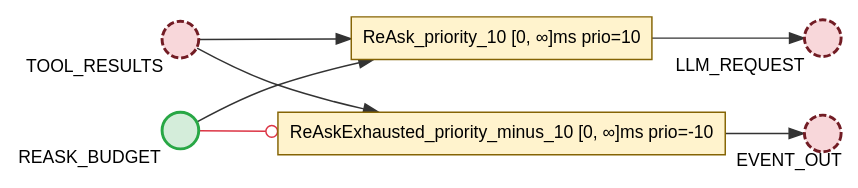
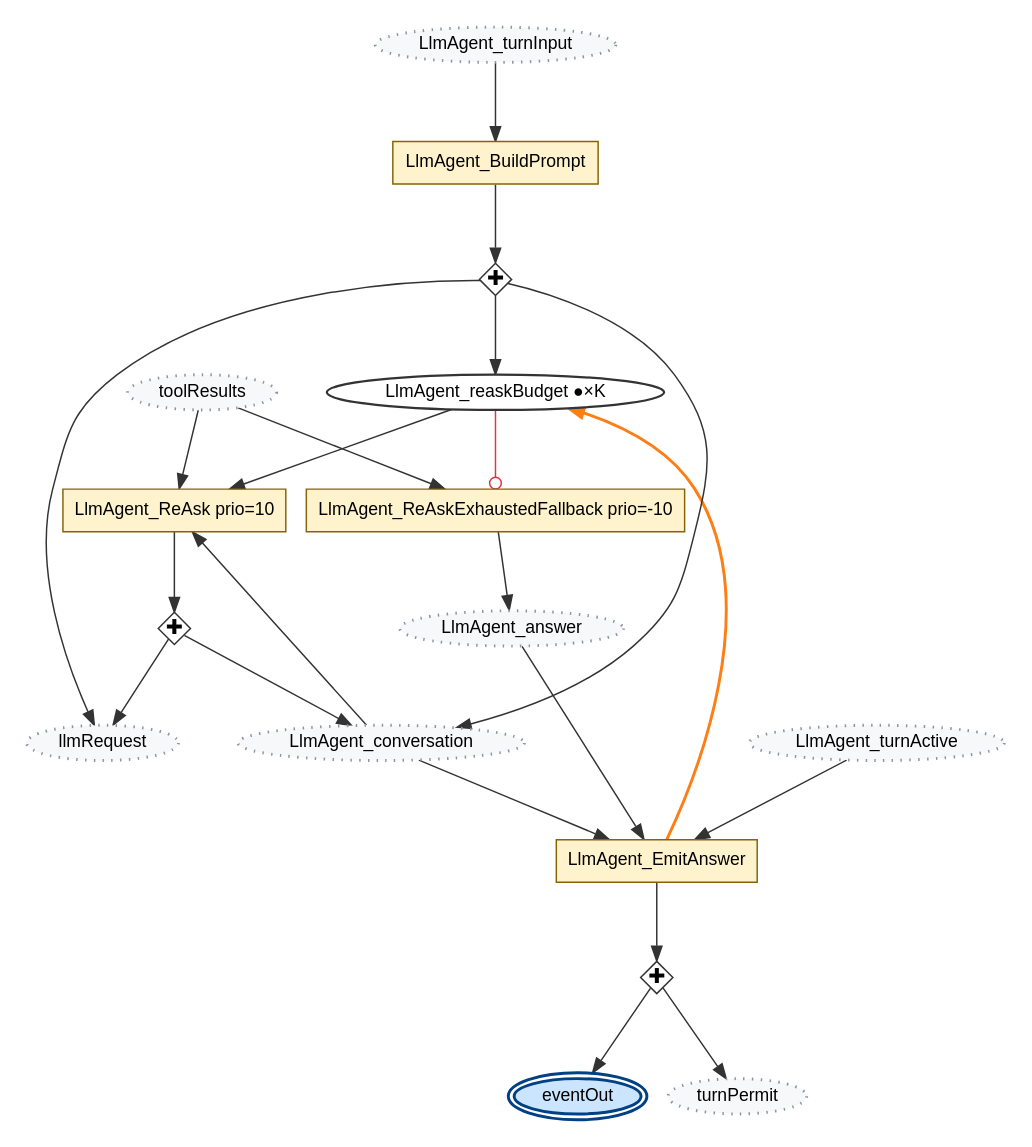
The diagram in docs/diagrams/dot/reask-budget.dot (debe/adk-libpetri), drawn with Graphviz before and after one commit. The commit also changed 203 other files, not shown here.

```diff
--- a/docs/diagrams/dot/reask-budget.dot
+++ b/docs/diagrams/dot/reask-budget.dot
@@ -1,26 +1,56 @@
-digraph ReaskBudgetPattern {
-    rankdir=LR;
-    nodesep=0.5;
+// GENERATED by java/src/test/java/org/libpetri/adk/docs/ReadmeDiagramsTest.java
+// from LlmAgentSubnet.DEF.body(), view of the reask budget. Do not edit: rerun the test with
+// -Dreadme.diagrams.write=true, then `npm run build` in docs/diagrams.
+digraph reask_budget {
+    rankdir=TB;
+    nodesep=0.2;
     ranksep=0.75;
     forcelabels="true";
     overlap="false";
     fontname="Helvetica,Arial,sans-serif";
     outputorder="edgesfirst";
     compound="true";
+    bgcolor="white";
+    pad=0.15;
     node [fontname="Helvetica,Arial,sans-serif", fontsize=12];
-    edge [fontname="Helvetica,Arial,sans-serif", fontsize=10];
+    edge [fontname="Helvetica,Arial,sans-serif", fontsize=12];
 
-    p_TOOL_RESULTS [label="", shape="circle", style="filled,dashed", fillcolor="#f8d7da", color="#721c24", penwidth=2, width=0.35, xlabel="TOOL_RESULTS", fixedsize="true"];
-    p_REASK_BUDGET [label="", shape="circle", style="filled", fillcolor="#d4edda", color="#28a745", penwidth=2, width=0.35, xlabel="REASK_BUDGET", fixedsize="true"];
-    p_LLM_REQUEST [label="", shape="circle", style="filled,dashed", fillcolor="#f8d7da", color="#721c24", penwidth=2, width=0.35, xlabel="LLM_REQUEST", fixedsize="true"];
-    p_EVENT_OUT [label="", shape="circle", style="filled,dashed", fillcolor="#f8d7da", color="#721c24", penwidth=2, width=0.35, xlabel="EVENT_OUT", fixedsize="true"];
-    t_ReAsk_priority_10 [label="ReAsk_priority_10 [0, ∞]ms prio=10", shape="box", style="filled", fillcolor="#fff3cd", color="#856404", penwidth=1, height=0.4, width=0.8];
-    t_ReAskExhausted_priority_minus_10 [label="ReAskExhausted_priority_minus_10 [0, ∞]ms prio=-10", shape="box", style="filled", fillcolor="#fff3cd", color="#856404", penwidth=1, height=0.4, width=0.8];
+    p_LlmAgent_turnInput [label="LlmAgent_turnInput", shape="ellipse", style="filled,dotted", fillcolor="#f6f8fa", color="#8c959f", penwidth=2, height=0.3, width=0.3, fixedsize="false", margin="0.08,0.03"];
+    p_llmRequest [label="llmRequest", shape="ellipse", style="filled,dotted", fillcolor="#f6f8fa", color="#8c959f", penwidth=2, height=0.3, width=0.3, fixedsize="false", margin="0.08,0.03"];
+    p_LlmAgent_reaskBudget [label="LlmAgent_reaskBudget ●×K", shape="ellipse", style="filled", fillcolor="#FFFFFF", color="#333333", penwidth=1.5, height=0.3, width=0.3, fixedsize="false", margin="0.08,0.03"];
+    p_LlmAgent_conversation [label="LlmAgent_conversation", shape="ellipse", style="filled,dotted", fillcolor="#f6f8fa", color="#8c959f", penwidth=2, height=0.3, width=0.3, fixedsize="false", margin="0.08,0.03"];
+    p_toolResults [label="toolResults", shape="ellipse", style="filled,dotted", fillcolor="#f6f8fa", color="#8c959f", penwidth=2, height=0.3, width=0.3, fixedsize="false", margin="0.08,0.03"];
+    p_LlmAgent_answer [label="LlmAgent_answer", shape="ellipse", style="filled,dotted", fillcolor="#f6f8fa", color="#8c959f", penwidth=2, height=0.3, width=0.3, fixedsize="false", margin="0.08,0.03"];
+    p_LlmAgent_turnActive [label="LlmAgent_turnActive", shape="ellipse", style="filled,dotted", fillcolor="#f6f8fa", color="#8c959f", penwidth=2, height=0.3, width=0.3, fixedsize="false", margin="0.08,0.03"];
+    p_eventOut [label="eventOut", shape="ellipse", style="filled", fillcolor="#cce5ff", color="#004085", penwidth=2, height=0.3, width=0.3, fixedsize="false", margin="0.08,0.03", peripheries=2];
+    p_turnPermit [label="turnPermit", shape="ellipse", style="filled,dotted", fillcolor="#f6f8fa", color="#8c959f", penwidth=2, height=0.3, width=0.3, fixedsize="false", margin="0.08,0.03"];
+    t_LlmAgent_BuildPrompt [label="LlmAgent_BuildPrompt", shape="box", style="filled", fillcolor="#fff3cd", color="#856404", penwidth=1, height=0.4, width=0.8];
+    t_LlmAgent_ReAsk [label="LlmAgent_ReAsk prio=10", shape="box", style="filled", fillcolor="#fff3cd", color="#856404", penwidth=1, height=0.4, width=0.8];
+    t_LlmAgent_ReAskExhaustedFallback [label="LlmAgent_ReAskExhaustedFallback prio=-10", shape="box", style="filled", fillcolor="#fff3cd", color="#856404", penwidth=1, height=0.4, width=0.8];
+    t_LlmAgent_EmitAnswer [label="LlmAgent_EmitAnswer", shape="box", style="filled", fillcolor="#fff3cd", color="#856404", penwidth=1, height=0.4, width=0.8];
+    j_LlmAgent_BuildPrompt__and_0 [label="✚", shape="diamond", style="filled", fillcolor="#FFFFFF", color="#333333", penwidth=1, height=0.3, width=0.3, fixedsize="true", fontsize=14, ordering="out"];
+    j_LlmAgent_ReAsk__and_0 [label="✚", shape="diamond", style="filled", fillcolor="#FFFFFF", color="#333333", penwidth=1, height=0.3, width=0.3, fixedsize="true", fontsize=14, ordering="out"];
+    j_LlmAgent_EmitAnswer__and_0 [label="✚", shape="diamond", style="filled", fillcolor="#FFFFFF", color="#333333", penwidth=1, height=0.3, width=0.3, fixedsize="true", fontsize=14, ordering="out"];
 
-    p_TOOL_RESULTS -> t_ReAsk_priority_10 [color="#333333", style="solid", arrowhead="normal"];
-    p_REASK_BUDGET -> t_ReAsk_priority_10 [color="#333333", style="solid", arrowhead="normal"];
-    t_ReAsk_priority_10 -> p_LLM_REQUEST [color="#333333", style="solid", arrowhead="normal"];
-    p_TOOL_RESULTS -> t_ReAskExhausted_priority_minus_10 [color="#333333", style="solid", arrowhead="normal"];
-    t_ReAskExhausted_priority_minus_10 -> p_EVENT_OUT [color="#333333", style="solid", arrowhead="normal"];
-    p_REASK_BUDGET -> t_ReAskExhausted_priority_minus_10 [color="#dc3545", style="solid", arrowhead="odot"];
+    p_LlmAgent_turnInput -> t_LlmAgent_BuildPrompt [color="#333333", style="solid", arrowhead="normal"];
+    t_LlmAgent_BuildPrompt -> j_LlmAgent_BuildPrompt__and_0 [color="#333333", style="solid", arrowhead="normal"];
+    j_LlmAgent_BuildPrompt__and_0 -> p_llmRequest [color="#333333", style="solid", arrowhead="normal"];
+    j_LlmAgent_BuildPrompt__and_0 -> p_LlmAgent_reaskBudget [color="#333333", style="solid", arrowhead="normal"];
+    j_LlmAgent_BuildPrompt__and_0 -> p_LlmAgent_conversation [color="#333333", style="solid", arrowhead="normal"];
+    p_toolResults -> t_LlmAgent_ReAsk [color="#333333", style="solid", arrowhead="normal"];
+    p_LlmAgent_reaskBudget -> t_LlmAgent_ReAsk [color="#333333", style="solid", arrowhead="normal"];
+    p_LlmAgent_conversation -> t_LlmAgent_ReAsk [color="#333333", style="solid", arrowhead="normal"];
+    t_LlmAgent_ReAsk -> j_LlmAgent_ReAsk__and_0 [color="#333333", style="solid", arrowhead="normal"];
+    j_LlmAgent_ReAsk__and_0 -> p_llmRequest [color="#333333", style="solid", arrowhead="normal"];
+    j_LlmAgent_ReAsk__and_0 -> p_LlmAgent_conversation [color="#333333", style="solid", arrowhead="normal"];
+    p_toolResults -> t_LlmAgent_ReAskExhaustedFallback [color="#333333", style="solid", arrowhead="normal"];
+    t_LlmAgent_ReAskExhaustedFallback -> p_LlmAgent_answer [color="#333333", style="solid", arrowhead="normal"];
+    p_LlmAgent_reaskBudget -> t_LlmAgent_ReAskExhaustedFallback [color="#dc3545", style="solid", arrowhead="odot"];
+    p_LlmAgent_answer -> t_LlmAgent_EmitAnswer [color="#333333", style="solid", arrowhead="normal"];
+    p_LlmAgent_turnActive -> t_LlmAgent_EmitAnswer [color="#333333", style="solid", arrowhead="normal"];
+    p_LlmAgent_conversation -> t_LlmAgent_EmitAnswer [color="#333333", style="solid", arrowhead="normal"];
+    t_LlmAgent_EmitAnswer -> j_LlmAgent_EmitAnswer__and_0 [color="#333333", style="solid", arrowhead="normal"];
+    j_LlmAgent_EmitAnswer__and_0 -> p_eventOut [color="#333333", style="solid", arrowhead="normal"];
+    j_LlmAgent_EmitAnswer__and_0 -> p_turnPermit [color="#333333", style="solid", arrowhead="normal"];
+    t_LlmAgent_EmitAnswer -> p_LlmAgent_reaskBudget [color="#fd7e14", style="bold", arrowhead="normal", penwidth=2];
 }
```
